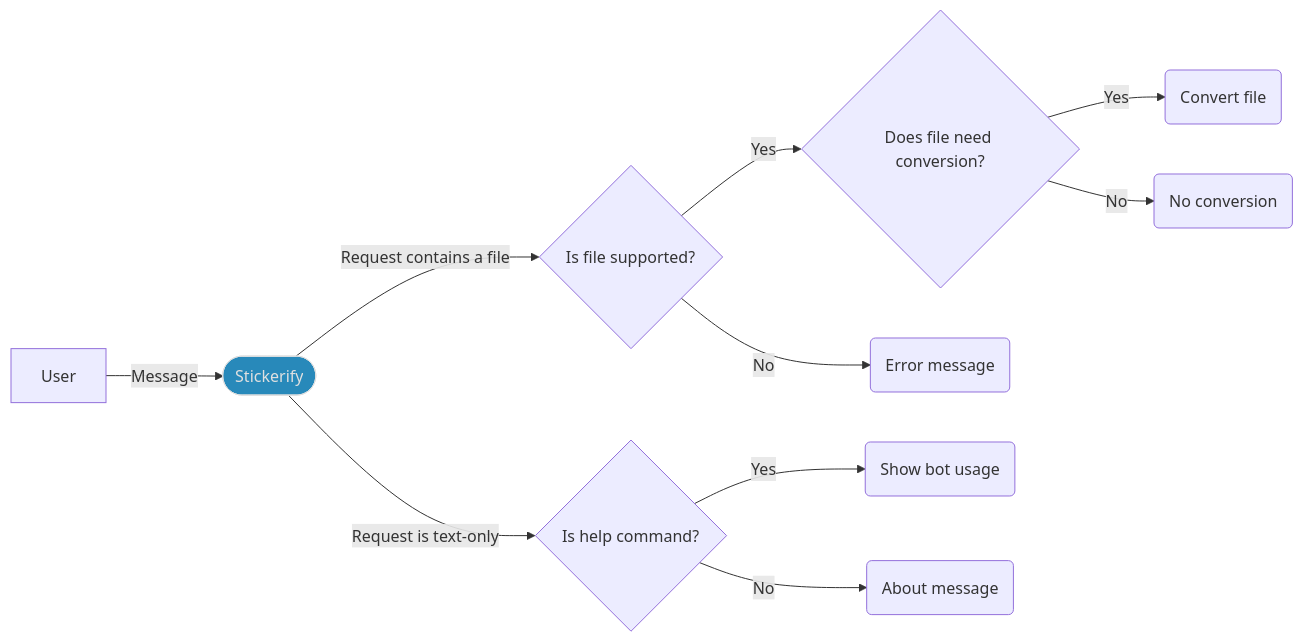
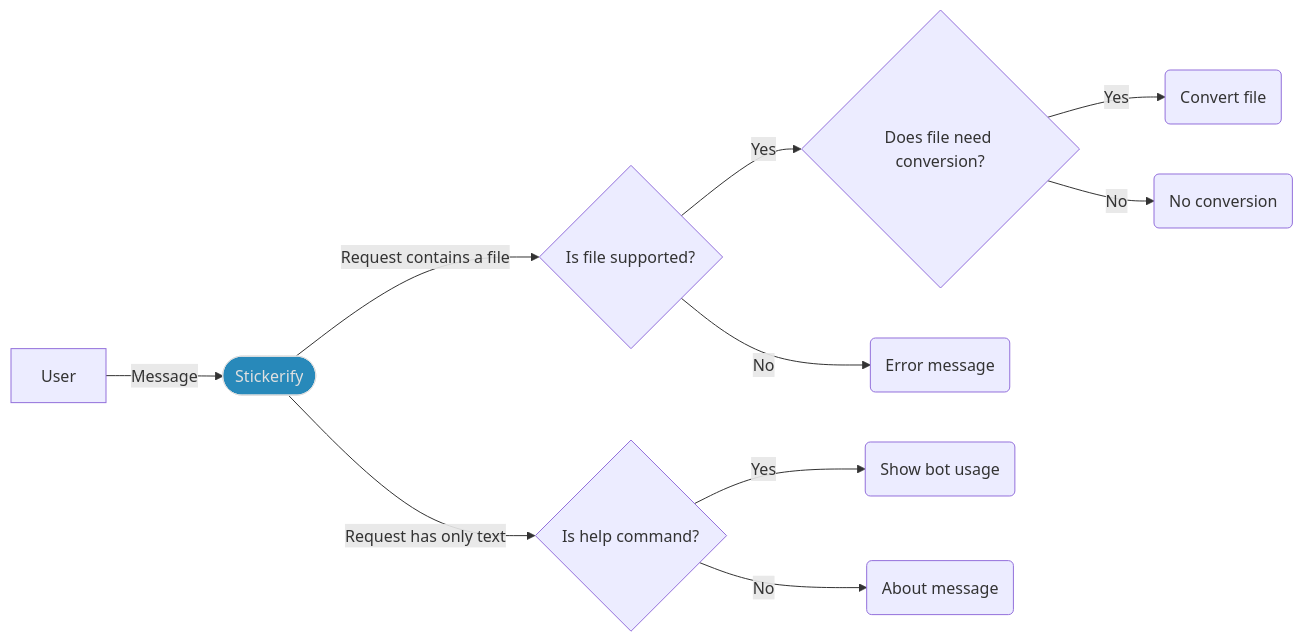
Before and after one commit to Stickerifier/Stickerify: the diagram in README.md, drawn with Mermaid. The commit also changed other lines of this file and 3 other files, not shown here.

````diff
--- a/README.md
+++ b/README.md
@@ -28,14 +30,14 @@
 ```mermaid
     flowchart LR
-        A[User] -->|Message| B([Stickerify])
-        B -->|Request contains a file| C{Is file supported?}
-        click B "https://t.me/StickerifyImageBot" _blank
-        style B fill:#2889ba,stroke:#e0e0e0,color:#e0e0e0
-        C -->|Yes| D{Does file need conversion?}
-        C -->|No| E(Error message)
-        B -->|Request is text-only| F{Is help command?}
-        F -->|Yes| G(Show bot usage)
-        F -->|No| H(About message)
-        D -->|Yes| J(Convert file)
-        D -->|No| K(No conversion)
+    A[User] -->|Message| B([Stickerify])
+    B -->|Request contains a file| C{Is file supported?}
+    click B "https://t.me/StickerifyImageBot" _blank
+    style B fill: #2889ba, stroke: #e0e0e0, color: #e0e0e0
+    C -->|Yes| D{Does file need conversion?}
+    C -->|No| E(Error message)
+    B -->|Request has only text| F{Is help command?}
+    F -->|Yes| G(Show bot usage)
+    F -->|No| H(About message)
+    D -->|Yes| J(Convert file)
+    D -->|No| K(No conversion)
 ```
````
